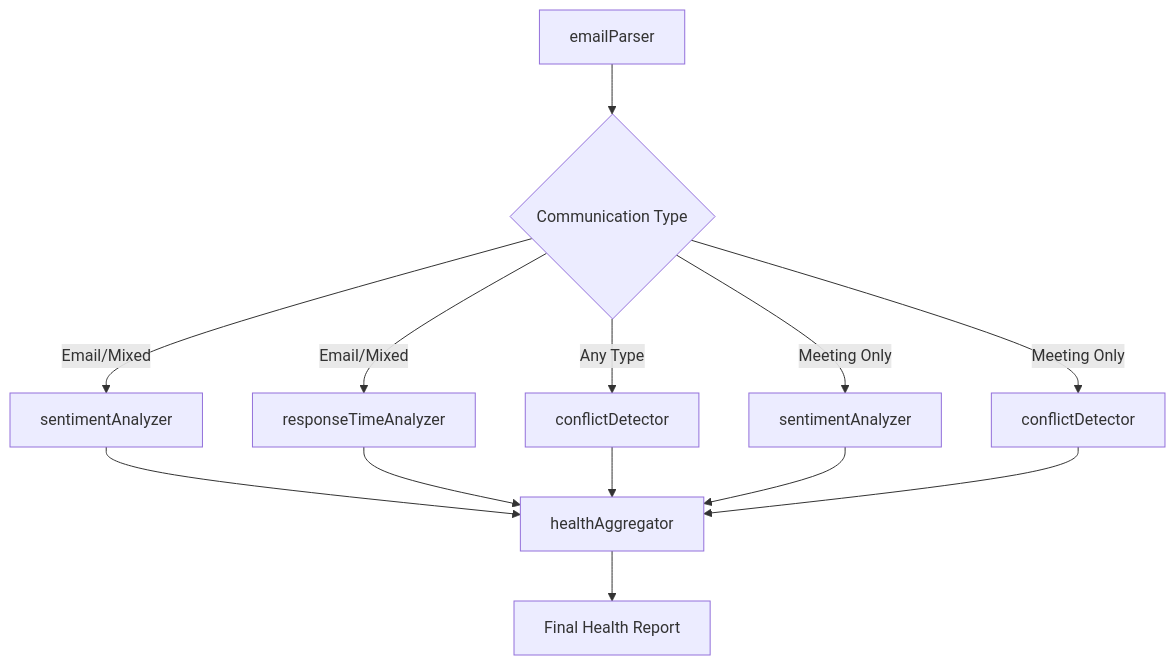
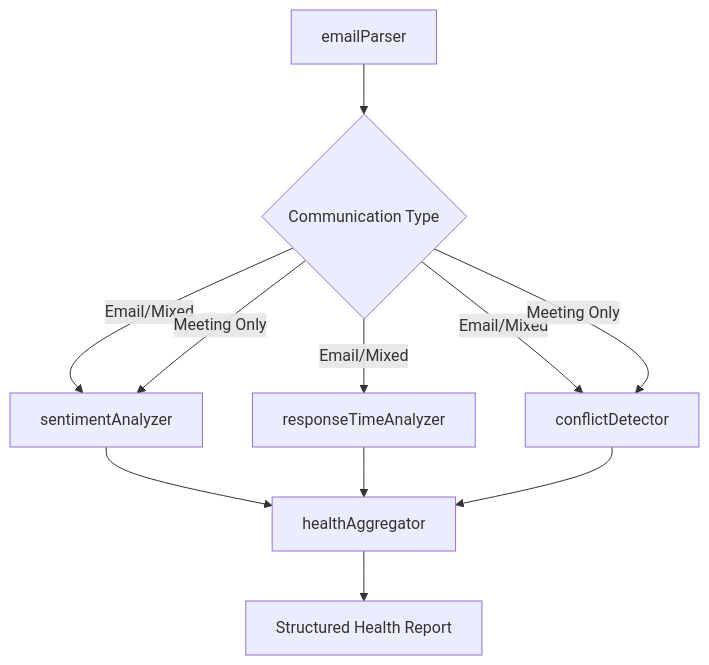
The diagram in README.md (roeyzeldin/communication-health-analyzer), drawn with Mermaid before and after one commit. The commit also changed other lines of this file, not shown here.

````diff
--- a/README.md
+++ b/README.md
@@ -11,17 +55,15 @@
 ```mermaid
 graph TD
     A[emailParser] --> B{Communication Type}
     B -->|Email/Mixed| C[sentimentAnalyzer]
     B -->|Email/Mixed| D[responseTimeAnalyzer]
-    B -->|Any Type| E[conflictDetector]
-    B -->|Meeting Only| F[sentimentAnalyzer]
-    B -->|Meeting Only| G[conflictDetector]
+    B -->|Email/Mixed| E[conflictDetector]
+    B -->|Meeting Only| C
+    B -->|Meeting Only| E
     
-    C --> H[healthAggregator]
-    D --> H
-    E --> H
-    F --> H
-    G --> H
+    C --> F[healthAggregator]
+    D --> F
+    E --> F
     
-    H --> I[Final Health Report]
+    F --> G[Structured Health Report]
 ```
````
